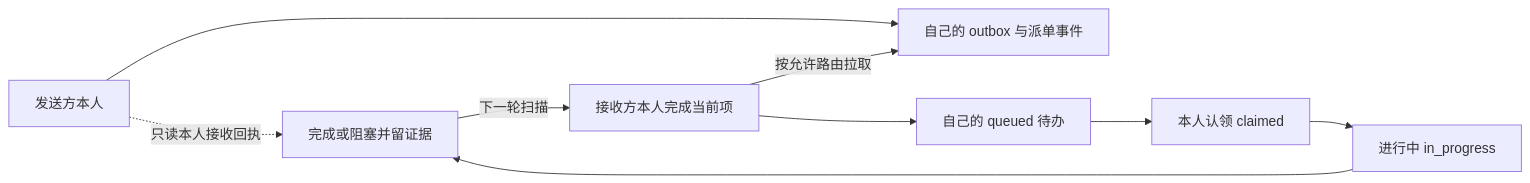
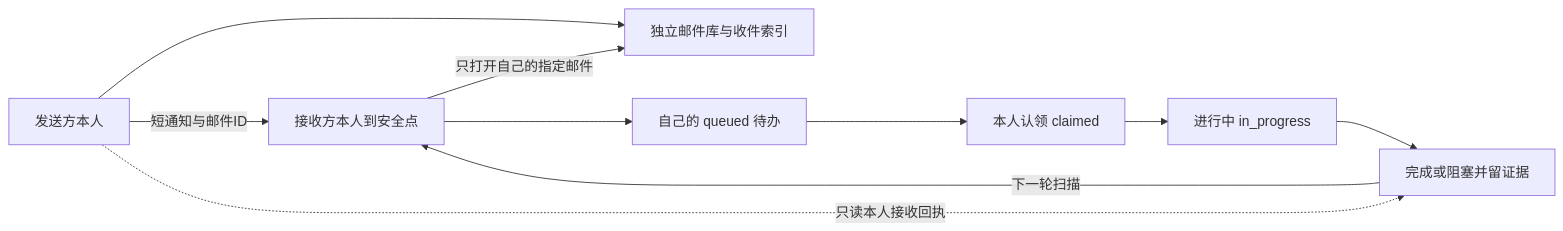
Before and after one commit to ChenfromChina123/agent-collaboration-supervisor-skill: the diagram in skills/agent-collaboration-supervisor/references/durable-workbooks.md, drawn with Mermaid. The commit also changed other lines of this file and 11 other files, not shown here.

````diff
--- a/skills/agent-collaboration-supervisor/references/durable-workbooks.md
+++ b/skills/agent-collaboration-supervisor/references/durable-workbooks.md
@@ -11,11 +11,12 @@
 ```mermaid
 flowchart LR
-    A[发送方本人] --> O[自己的 outbox 与派单事件]
-    B[接收方本人完成当前项] -->|按允许路由拉取| O
+    A[发送方本人] --> O[独立邮件库与收件索引]
+    A -->|短通知与邮件ID| B[接收方本人到安全点]
+    B -->|只打开自己的指定邮件| O
     B --> Q[自己的 queued 待办]
     Q --> C[本人认领 claimed]
     C --> W[进行中 in_progress]
     W --> E[完成或阻塞并留证据]
     E -->|下一轮扫描| B
     A -.只读本人接收回执.-> E
 ```
````
